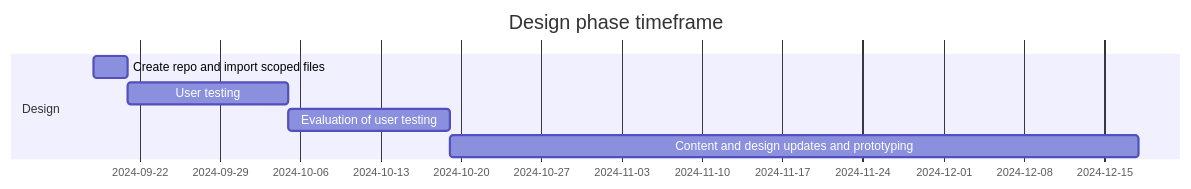
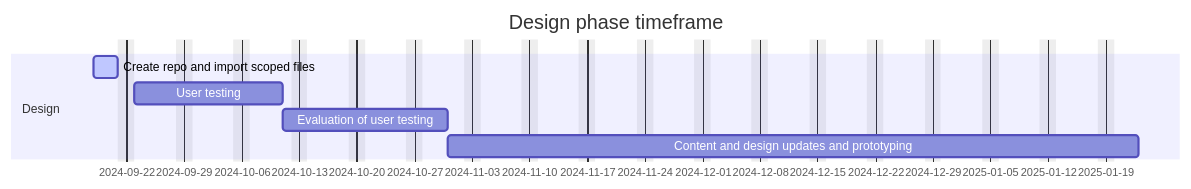
One commit to cra-proto/gst-hst-business changed the first of 2 diagrams in README.md. Above: the diagram before and after it, drawn with Mermaid.

````diff
--- a/README.md
+++ b/README.md
@@ -28,10 +28,11 @@
 ```mermaid
 gantt
     title Design phase timeframe
+    excludes weekends
     dateFormat  YYYY-MM-DD
     section Design
-    Create repo and import scoped files :a1, 2024-09-18, 3d
+    Create repo and import scoped files :active, a1, 2024-09-18, 3d
     User testing :a2, after a1, 14d
     Evaluation of user testing :a3, after a2, 14d
     Content and design updates and prototyping :after a3, 60d
 ```
````
